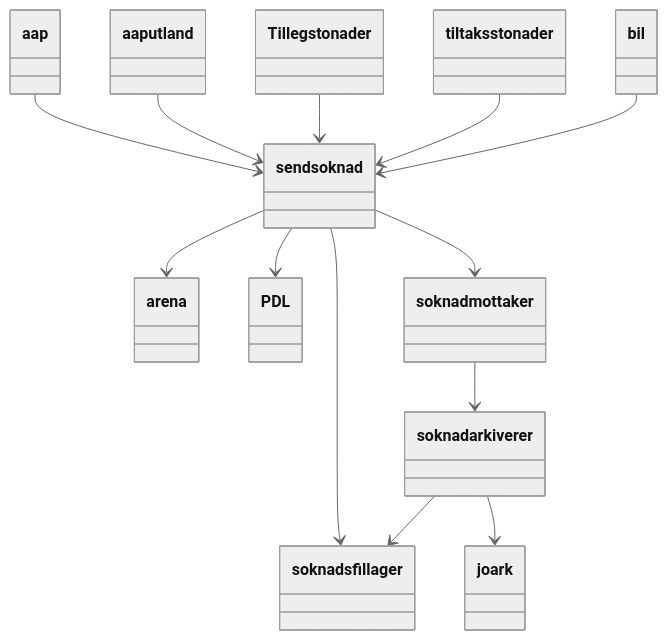
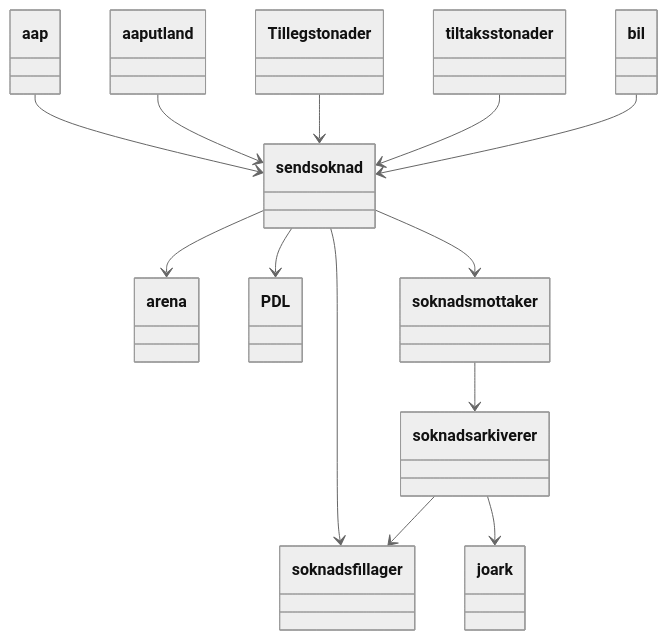
Before and after one commit to navikt/sendsoknad-boot: the second of 3 diagrams in docs/Arkitektur.md, drawn with Mermaid (neutral theme). The commit also changed other lines of this file and 2 other files, not shown here.

````diff
--- a/docs/Arkitektur.md
+++ b/docs/Arkitektur.md
@@ -31,15 +30,15 @@
 ```mermaid
 classDiagram
     aap --> sendsoknad
     aaputland --> sendsoknad
     Tillegstonader --> sendsoknad
     tiltaksstonader --> sendsoknad
     bil --> sendsoknad
     sendsoknad --> arena
     sendsoknad --> PDL
-    sendsoknad --> soknadmottaker
+    sendsoknad --> soknadsmottaker
     sendsoknad --> soknadsfillager
-    soknadmottaker --> soknadarkiverer
-    soknadarkiverer --> soknadsfillager
-    soknadarkiverer --> joark
+    soknadsmottaker --> soknadsarkiverer
+    soknadsarkiverer --> soknadsfillager
+    soknadsarkiverer --> joark
 ```
````
